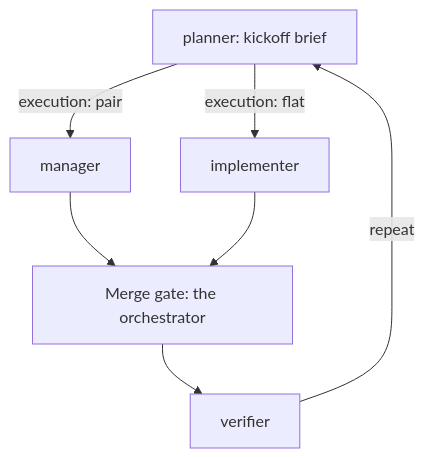
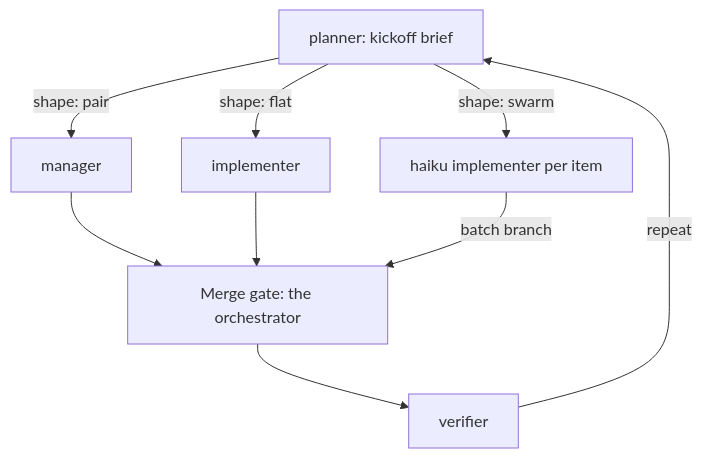
One commit to KrishP147/skills changed the diagram in meta-orchestrator/README.md. Above: the diagram before and after it, drawn with Mermaid. The commit also changed other lines of this file and 4 other files, not shown here.

First line of the commit message:
docs: execution -> shape, describe shapes + size->model in READMEs (#212)

````diff
--- a/meta-orchestrator/README.md
+++ b/meta-orchestrator/README.md
@@ -48,9 +48,11 @@
 ```mermaid
 flowchart TD
-    planner[planner: kickoff brief] -->|execution: pair| manager[manager]
-    planner -->|execution: flat| implementer[implementer]
+    planner[planner: kickoff brief] -->|shape: pair| manager[manager]
+    planner -->|shape: flat| implementer[implementer]
+    planner -->|shape: swarm| swarm[haiku implementer per item]
     manager --> gate[Merge gate: the orchestrator]
     implementer --> gate
+    swarm -->|batch branch| gate
     gate --> verifier[verifier]
     verifier -->|repeat| planner
 ```
````
